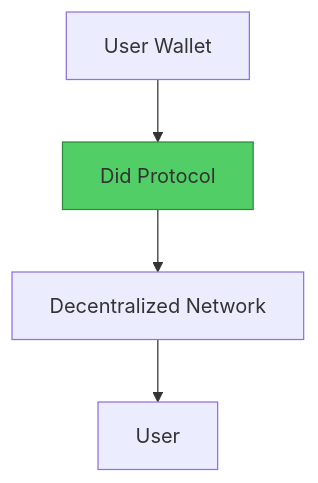
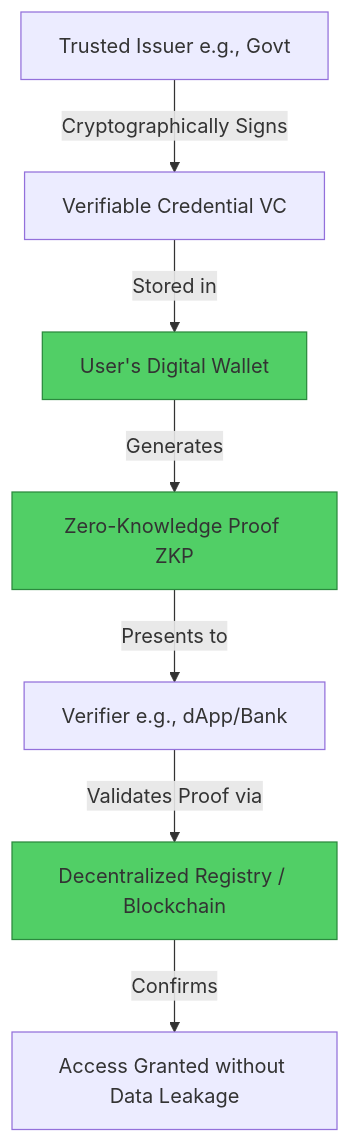
Before and after one commit to Elvatar2/Web2-To-Web3-Migration-Guide: the second of 2 diagrams in 06-identity/03-passport-to-did.md, drawn with Mermaid. The commit also changed other lines of this file, not shown here.

````diff
--- a/06-identity/03-passport-to-did.md
+++ b/06-identity/03-passport-to-did.md
@@ -63,8 +78,13 @@
 ```mermaid
 graph TB
-    A[User Wallet] --> B[Did Protocol]
-    B --> C[Decentralized Network]
-    C --> D[User]
+    A[Trusted Issuer e.g., Govt] -->|Cryptographically Signs| B[Verifiable Credential VC]
+    B -->|Stored in| C[User's Digital Wallet]
+    C -->|Generates| D[Zero-Knowledge Proof ZKP]
+    D -->|Presents to| E[Verifier e.g., dApp/Bank]
+    E -->|Validates Proof via| F[Decentralized Registry / Blockchain]
+    F -->|Confirms| G[Access Granted without Data Leakage]
 
-    style B fill:#51cf66,stroke:#2b8a3e
+    style C fill:#51cf66,stroke:#2b8a3e
+    style D fill:#51cf66,stroke:#2b8a3e
+    style F fill:#51cf66,stroke:#2b8a3e
 ```
````
